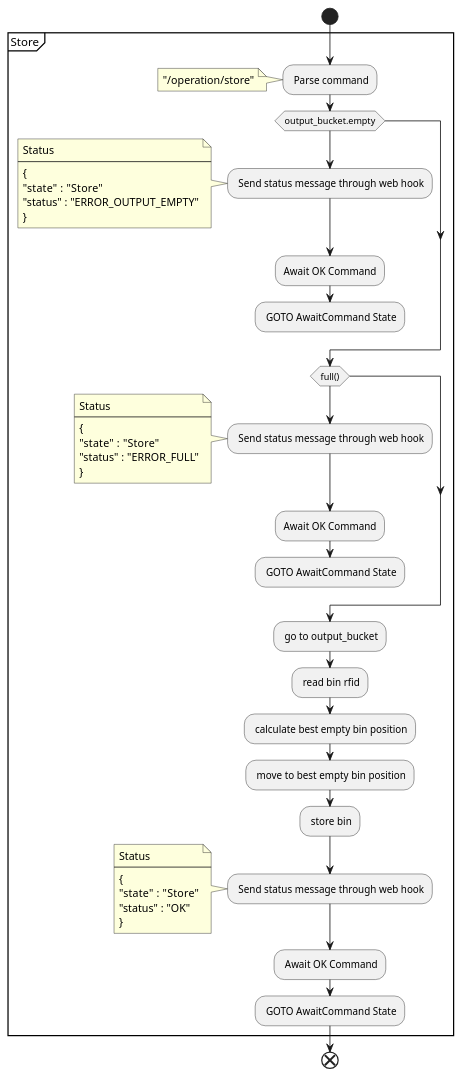
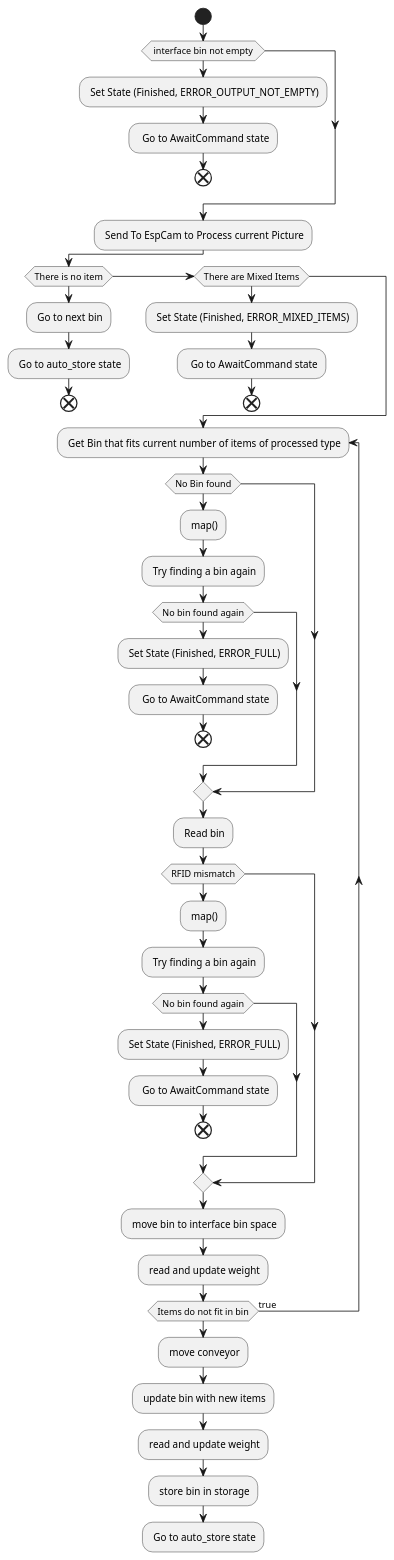
Before and after one commit to walger-lucas/SPARtS: the diagram in docs/Design/EmbeddedSoftware/Store.plantuml, drawn with PlantUML. The commit also changed 46 other files, not shown here.

```diff
--- a/docs/Design/EmbeddedSoftware/Store.plantuml
+++ b/docs/Design/EmbeddedSoftware/Store.plantuml
@@ -1,56 +1,46 @@
-@startuml Store
+@startuml
 start
-group Store {
-: Parse command;
- note 
-"/operation/store"
-end note
- if(output_bucket.empty) then 
-    : Send status message through web hook;
-    note
-    Status
-    ----
-    {
-    "state"  : "Store"
-    "status" : "ERROR_OUTPUT_EMPTY"
-    }
-    end note
-    :Await OK Command;
-    : GOTO AwaitCommand State;
-    kill
- endif
-
-if(full()) then
-    : Send status message through web hook;
-    note
-    Status
-    ----
-    {
-    "state"  : "Store"
-    "status" : "ERROR_FULL"
-    }
-    end note
-    :Await OK Command;
-    : GOTO AwaitCommand State;
-    kill
+if( interface bin not empty ) then
+: Set State (Finished, ERROR_OUTPUT_NOT_EMPTY);
+:  Go to AwaitCommand state;
+end
 endif
-
-: go to output_bucket;
-: read bin rfid;
-: calculate best empty bin position;
-: move to best empty bin position;
-: store bin;
-: Send status message through web hook;
-note
-    Status
-    ----
-    {
-    "state"  : "Store"
-    "status" : "OK"
-    }
-    end note
-    : Await OK Command;
-    : GOTO AwaitCommand State;
-}
+: Send To EspCam to Process current Picture;
+if (There is no item) then
+: Go to next bin;
+: Go to auto_store state;
 end
+else if(There are Mixed Items) then
+: Set State (Finished, ERROR_MIXED_ITEMS);
+:  Go to AwaitCommand state;
+end
+endif
+repeat : Get Bin that fits current number of items of processed type;
+if(No Bin found) then
+: map();
+: Try finding a bin again;
+if(No bin found again) then
+: Set State (Finished, ERROR_FULL);
+:  Go to AwaitCommand state;
+end
+endif
+endif
+: Read bin;
+if(RFID mismatch) then
+: map();
+: Try finding a bin again;
+if(No bin found again) then
+: Set State (Finished, ERROR_FULL);
+:  Go to AwaitCommand state;
+end
+endif
+endif
+: move bin to interface bin space;
+: read and update weight;
+repeat while (Items do not fit in bin) is (true)
+: move conveyor;
+: update bin with new items;
+: read and update weight;
+: store bin in storage;
+: Go to auto_store state;
 @enduml
```
